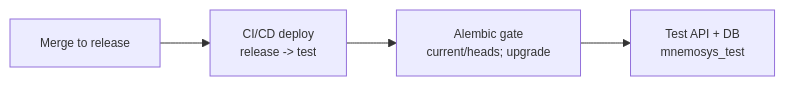
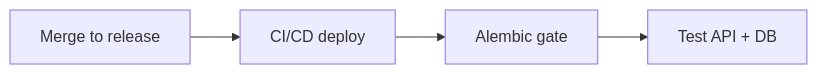
The third of 4 diagrams in docs/diagrams/alembic-migration-workflow.md (wphillipmoore/mnemosys-core), drawn with Mermaid before and after one commit. The commit also changed other lines of this file, not shown here.

Commit message:
Simplify mermaid labels and move details to captions

````diff
--- a/docs/diagrams/alembic-migration-workflow.md
+++ b/docs/diagrams/alembic-migration-workflow.md
@@ -38,10 +37,8 @@
 ```mermaid
 flowchart LR
-  classDef compact font-size:12px;
   REL["Merge to release"]
-  TEST_PIPE["CI/CD deploy<br/>release -> test"]
-  TEST_GATE["Alembic gate<br/>current/heads; upgrade"]
-  TEST_APP["Test API + DB<br/>mnemosys_test"]
+  TEST_PIPE["CI/CD deploy"]
+  TEST_GATE["Alembic gate"]
+  TEST_APP["Test API + DB"]
   REL --> TEST_PIPE --> TEST_GATE --> TEST_APP
-  class REL,TEST_PIPE,TEST_GATE,TEST_APP compact;
 ```
````
